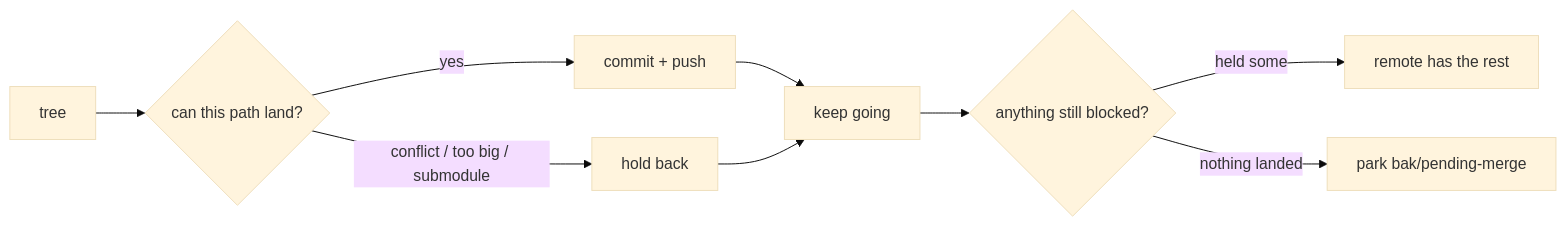
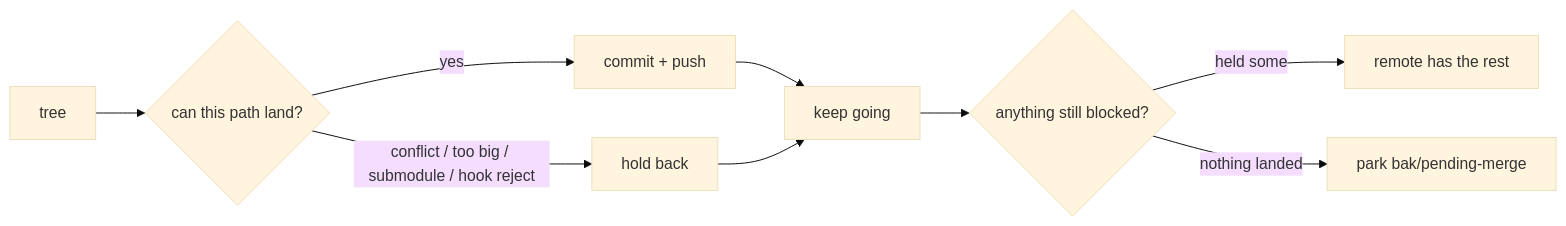
One commit to vdutts7/gitty changed the diagram in README.md. Above: the diagram before and after it, drawn with Mermaid (base theme). The commit also changed other lines of this file and 2 other files, not shown here.

First line of the commit message:
docs: README + docs for hook drip, holdback catalog, stale-base

````diff
--- a/README.md
+++ b/README.md
@@ -101,11 +101,11 @@
 ```mermaid
 flowchart LR
   T[tree] --> Q{can this path land?}
   Q -->|yes| P[commit + push]
-  Q -->|conflict / too big / submodule| H[hold back]
+  Q -->|conflict / too big / submodule / hook reject| H[hold back]
   P --> R[keep going]
   H --> R
   R --> F{anything still blocked?}
   F -->|held some| D[remote has the rest]
   F -->|nothing landed| K[park bak/pending-merge]
 ```
````
